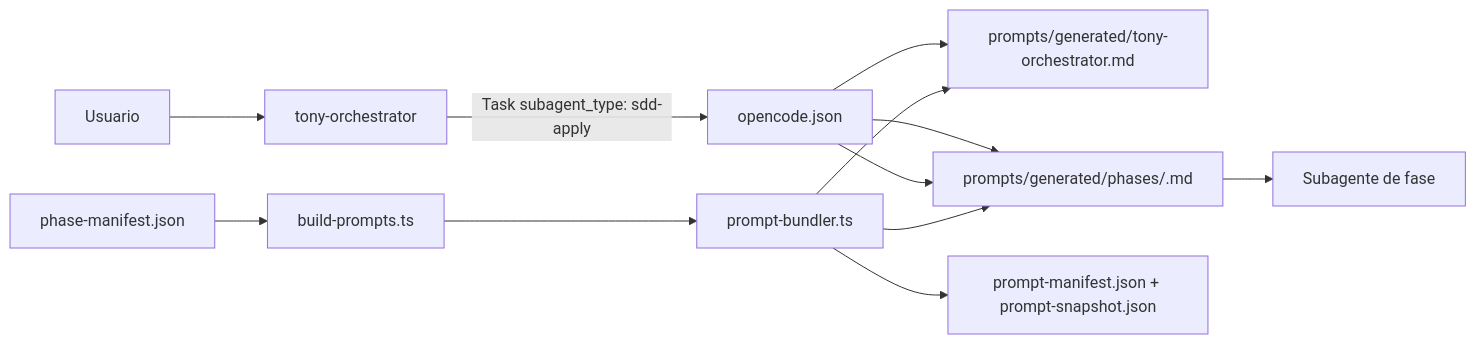
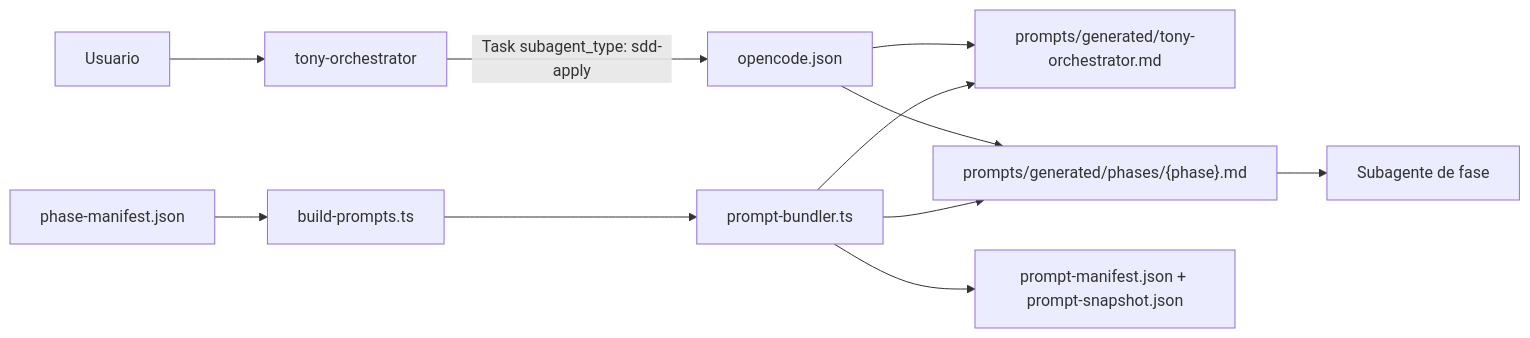
Before and after one commit to gastoncelestino/tony-ai: the second of 2 diagrams in README.md, drawn with Mermaid. The commit also changed other lines of this file and 2 other files, not shown here.

````diff
--- a/README.md
+++ b/README.md
@@ -261,14 +104,13 @@
 ```mermaid
 flowchart LR
-    A[phase-manifest.json] --> B[build-prompts.ts]
-    B --> C[prompt-bundler.ts]
-    C --> D[prompts/generated/tony-orchestrator.md]
-    C --> E[prompts/generated/phases/<phase>.md]
-    C --> F[prompt-manifest.json + prompt-snapshot.json]
-    G[opencode.json] --> D
+    A["phase-manifest.json"] --> B["build-prompts.ts"]
+    B --> C["prompt-bundler.ts"]
+    C --> D["prompts/generated/tony-orchestrator.md"]
+    C --> E["prompts/generated/phases/{phase}.md"]
+    C --> F["prompt-manifest.json + prompt-snapshot.json"]
+    G["opencode.json"] --> D
     G --> E
-    H[Usuario] --> I[tony-orchestrator]
-    I -->|Task subagent_type: sdd-apply| G
-    G --> E
-    E --> J[Subagente de fase]
+    H["Usuario"] --> I["tony-orchestrator"]
+    I -->|"Task subagent_type: sdd-apply"| G
+    E --> J["Subagente de fase"]
 ```
````
